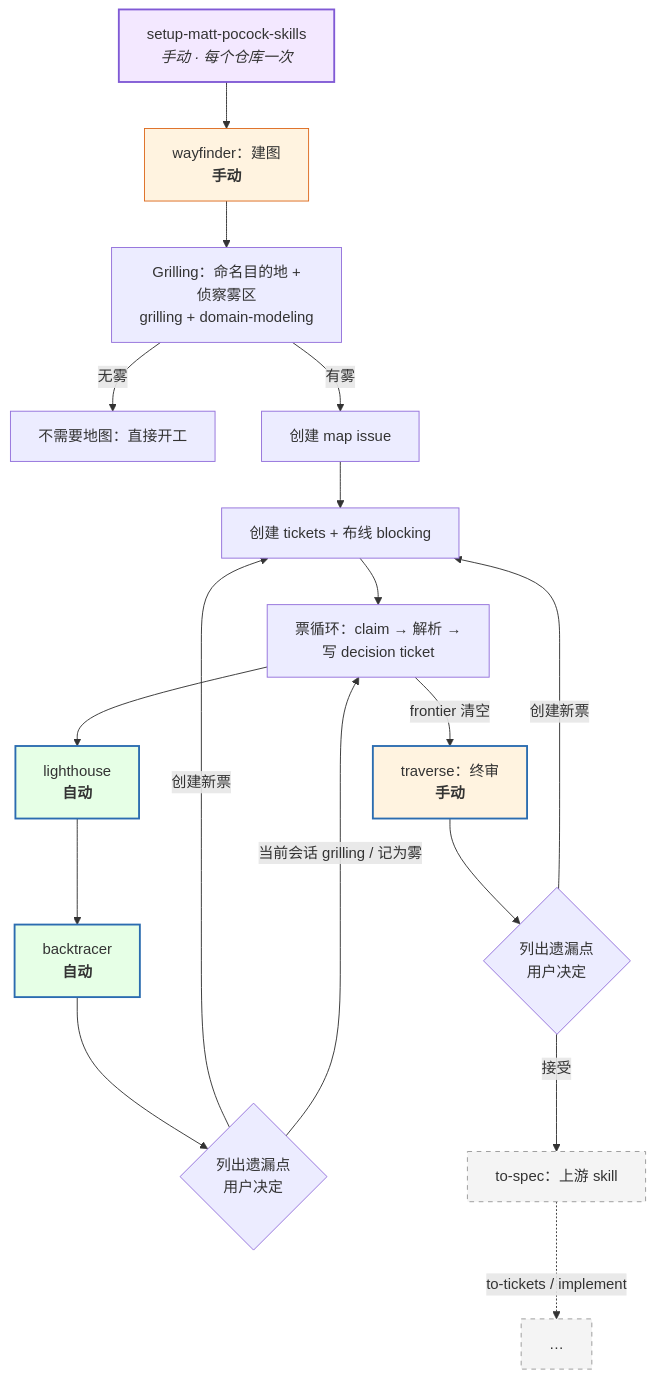
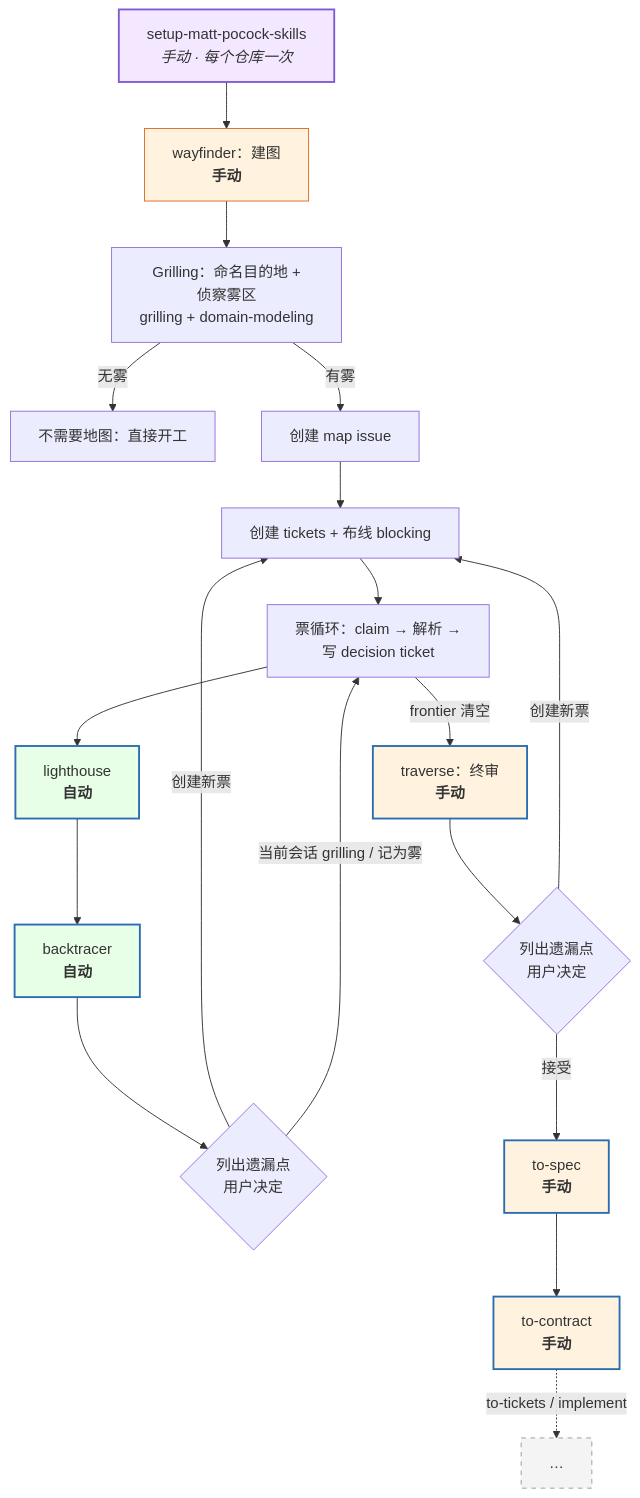
Before and after one commit to hugosol/oh-my-wayfinder: the first of 2 diagrams in README.cn.md, drawn with Mermaid. The commit also changed other lines of this file and 9 other files, not shown here.

````diff
--- a/README.cn.md
+++ b/README.cn.md
@@ -57,27 +59,29 @@
 ```mermaid
 flowchart TD
     S["setup-matt-pocock-skills<br/><i>手动 · 每个仓库一次</i>"] --> W["wayfinder：建图<br/><b>手动</b>"]
     W --> G["Grilling：命名目的地 +<br/>侦察雾区<br/>grilling + domain-modeling"]
     G -->|"无雾"| N["不需要地图：直接开工"]
     G -->|"有雾"| M["创建 map issue"]
     M --> T["创建 tickets + 布线 blocking"]
     T --> L["票循环：claim → 解析 →<br/>写 decision ticket"]
     L --> LH["lighthouse<br/><b>自动</b>"]
     LH --> BT["backtracer<br/><b>自动</b>"]
     BT --> CG{"列出遗漏点<br/>用户决定"}
     CG -->|"创建新票"| T
     CG -->|"当前会话 grilling / 记为雾"| L
     L -->|"frontier 清空"| TR["traverse：终审<br/><b>手动</b>"]
     TR --> CG2{"列出遗漏点<br/>用户决定"}
     CG2 -->|"创建新票"| T
-    CG2 -->|"接受"| TS["to-spec：上游 skill"]
-    TS -.->|"to-tickets / implement"| X["…"]
+    CG2 -->|"接受"| TS["to-spec<br/><b>手动</b>"]
+    TS --> TC["to-contract<br/><b>手动</b>"]
+    TC -.->|"to-tickets / implement"| X["…"]
 
     style LH fill:#e6ffe6,stroke:#2b6cb0,stroke-width:2px
     style BT fill:#e6ffe6,stroke:#2b6cb0,stroke-width:2px
     style TR fill:#fff3e0,stroke:#2b6cb0,stroke-width:2px
     style W fill:#fff3e0,stroke:#dd6b20
     style S fill:#f3e8ff,stroke:#805ad5,stroke-width:2px
-    style TS fill:#f4f4f4,stroke:#999,stroke-dasharray:5 5
+    style TS fill:#fff3e0,stroke:#2b6cb0,stroke-width:2px
+    style TC fill:#fff3e0,stroke:#2b6cb0,stroke-width:2px
     style X fill:#f4f4f4,stroke:#999,stroke-dasharray:5 5
 ```
````
